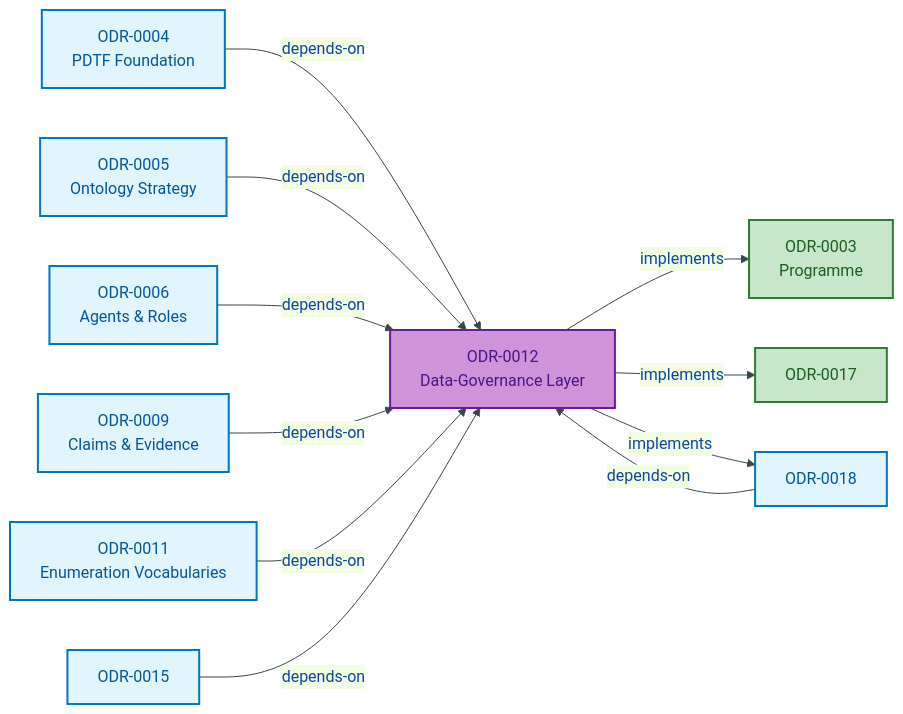
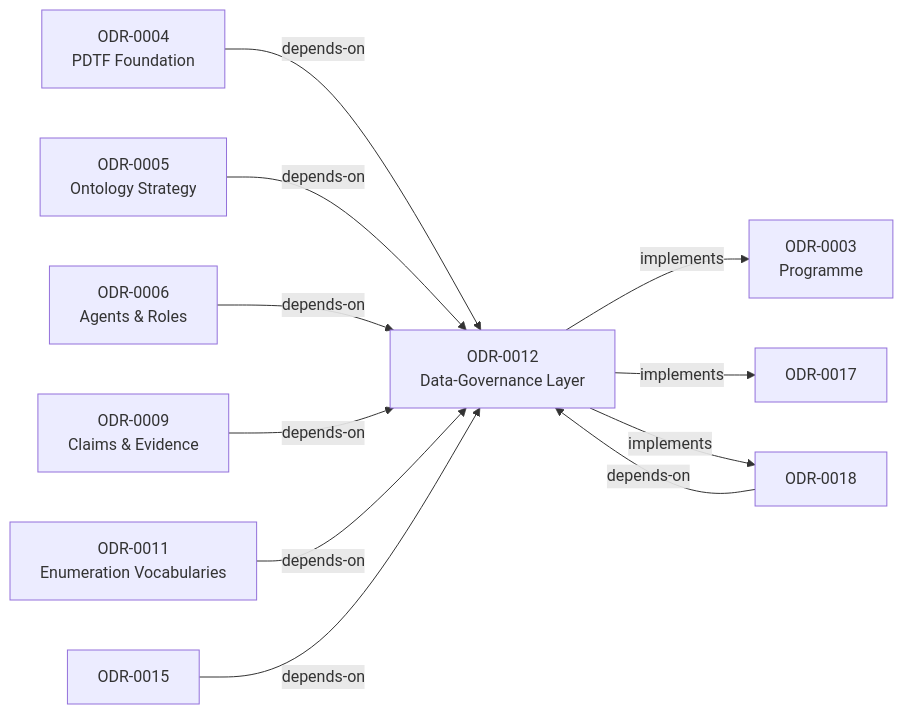
Before and after one commit to sparkling/opda: the fourth of 4 diagrams in docs/ontology/odr/ODR-0012-data-governance-layer.md, drawn with Mermaid. The commit also changed other lines of this file and 25 other files, not shown here.

````diff
--- a/docs/ontology/odr/ODR-0012-data-governance-layer.md
+++ b/docs/ontology/odr/ODR-0012-data-governance-layer.md
@@ -146,34 +131,30 @@
 ```mermaid
-%%{init:{"theme":"base","themeVariables":{"primaryColor":"#E3F2FD","primaryTextColor":"#0D47A1","primaryBorderColor":"#1565C0","lineColor":"#37474F"}}}%%
 flowchart LR
     accTitle: ODR-0012 dependency graph
     accDescr: Depends-on and implements relationships for ODR-0012 as declared in its frontmatter.
-    classDef process fill:#E1F5FE,stroke:#0277BD,stroke-width:2px,color:#01579B
-    classDef output fill:#C8E6C9,stroke:#2E7D32,stroke-width:2px,color:#1B5E20
-    classDef current fill:#CE93D8,stroke:#6A1B9A,stroke-width:2px,color:#4A148C
 
-    ODR12["ODR-0012<br/>Data-Governance Layer"]:::current
+    ODR12["ODR-0012<br/>Data-Governance Layer"]:::user
 
     ODR4["ODR-0004<br/>PDTF Foundation"]:::process
     ODR5["ODR-0005<br/>Ontology Strategy"]:::process
     ODR6["ODR-0006<br/>Agents & Roles"]:::process
     ODR9["ODR-0009<br/>Claims & Evidence"]:::process
     ODR11["ODR-0011<br/>Enumeration Vocabularies"]:::process
     ODR15["ODR-0015"]:::process
     ODR18["ODR-0018"]:::process
 
-    ODR3["ODR-0003<br/>Programme"]:::output
-    ODR17["ODR-0017"]:::output
+    ODR3["ODR-0003<br/>Programme"]:::success
+    ODR17["ODR-0017"]:::success
 
     ODR4 -->|"depends-on"| ODR12
     ODR5 -->|"depends-on"| ODR12
     ODR6 -->|"depends-on"| ODR12
     ODR9 -->|"depends-on"| ODR12
     ODR11 -->|"depends-on"| ODR12
     ODR15 -->|"depends-on"| ODR12
     ODR18 -->|"depends-on"| ODR12
 
     ODR12 -->|"implements"| ODR3
     ODR12 -->|"implements"| ODR17
     ODR12 -->|"implements"| ODR18
 ```
````
